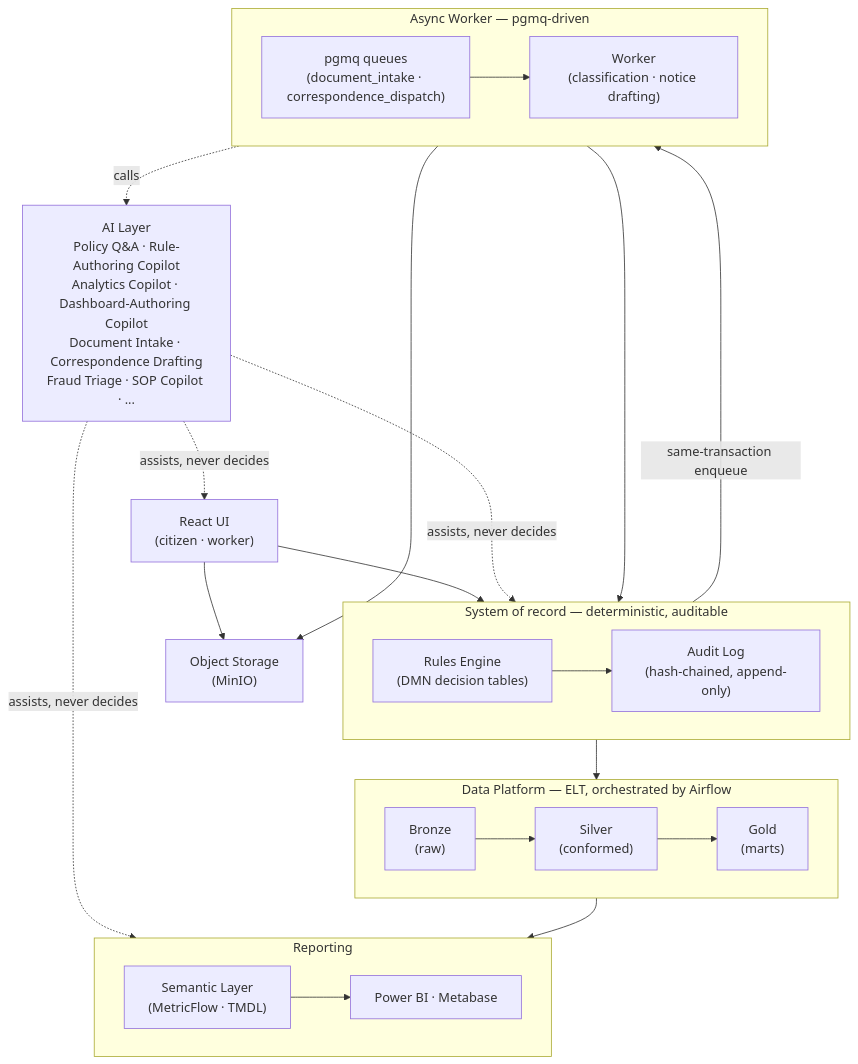
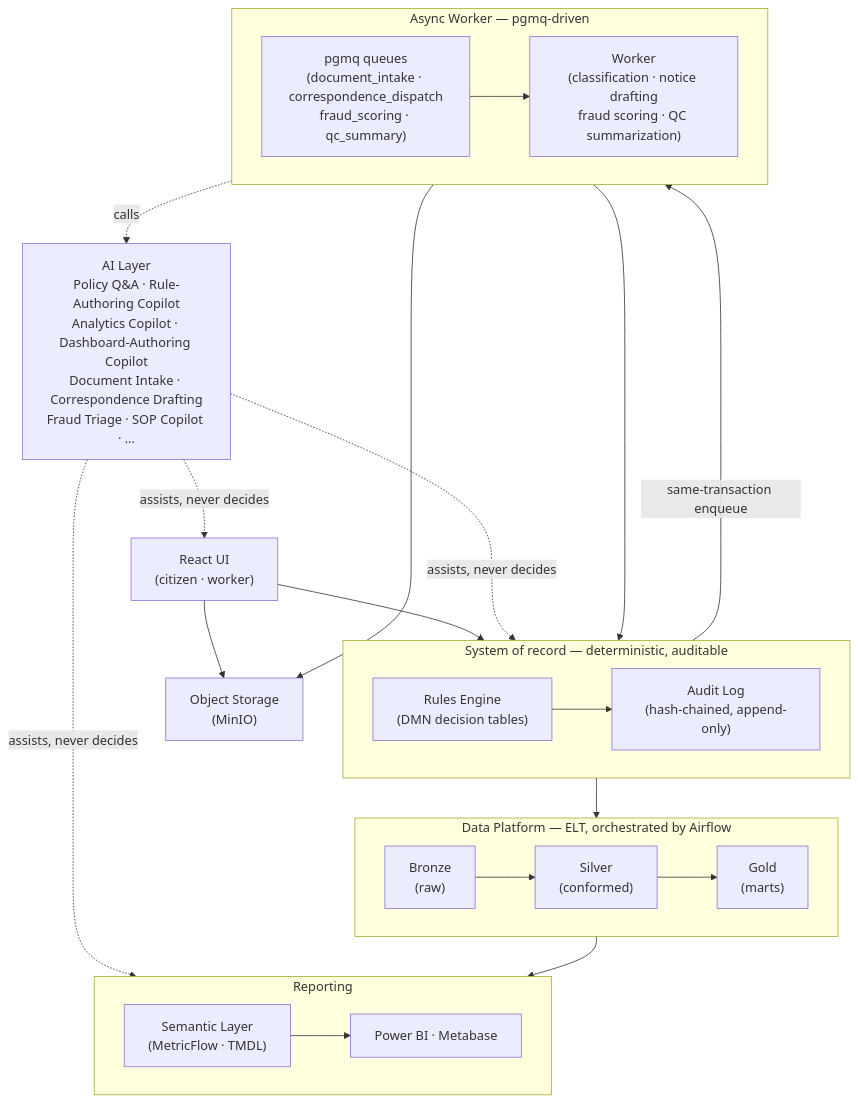
One commit to bsreecharanreddy/canopica changed the diagram in README.md. Above: the diagram before and after it, drawn with Mermaid. The commit also changed 8 other files, not shown here.

````diff
--- a/README.md
+++ b/README.md
@@ -47,41 +47,41 @@
 ```mermaid
 flowchart TB
     A["React UI\n(citizen · worker)"]
 
     subgraph core["System of record — deterministic, auditable"]
         direction LR
         B["Rules Engine\n(DMN decision tables)"] --> F["Audit Log\n(hash-chained, append-only)"]
     end
 
     M["Object Storage\n(MinIO)"]
 
     subgraph async["Async Worker — pgmq-driven"]
         direction LR
-        Q["pgmq queues\n(document_intake · correspondence_dispatch)"] --> W["Worker\n(classification · notice drafting)"]
+        Q["pgmq queues\n(document_intake · correspondence_dispatch\nfraud_scoring · qc_summary)"] --> W["Worker\n(classification · notice drafting\nfraud scoring · QC summarization)"]
     end
 
     subgraph data["Data Platform — ELT, orchestrated by Airflow"]
         direction LR
         C1["Bronze\n(raw)"] --> C2["Silver\n(conformed)"] --> C3["Gold\n(marts)"]
     end
 
     subgraph bi["Reporting"]
         direction LR
         G["Semantic Layer\n(MetricFlow · TMDL)"] --> D["Power BI · Metabase"]
     end
 
     E["AI Layer\nPolicy Q&A · Rule-Authoring Copilot\nAnalytics Copilot · Dashboard-Authoring Copilot\nDocument Intake · Correspondence Drafting\nFraud Triage · SOP Copilot · ..."]
 
     A --> core
     A --> M
     core -- "same-transaction enqueue" --> Q
     W --> M
     W --> core
     core --> C1
     C3 --> G
 
     E -. assists, never decides .-> A
     E -. assists, never decides .-> core
     E -. assists, never decides .-> bi
     W -. calls .-> E
 ```
````
